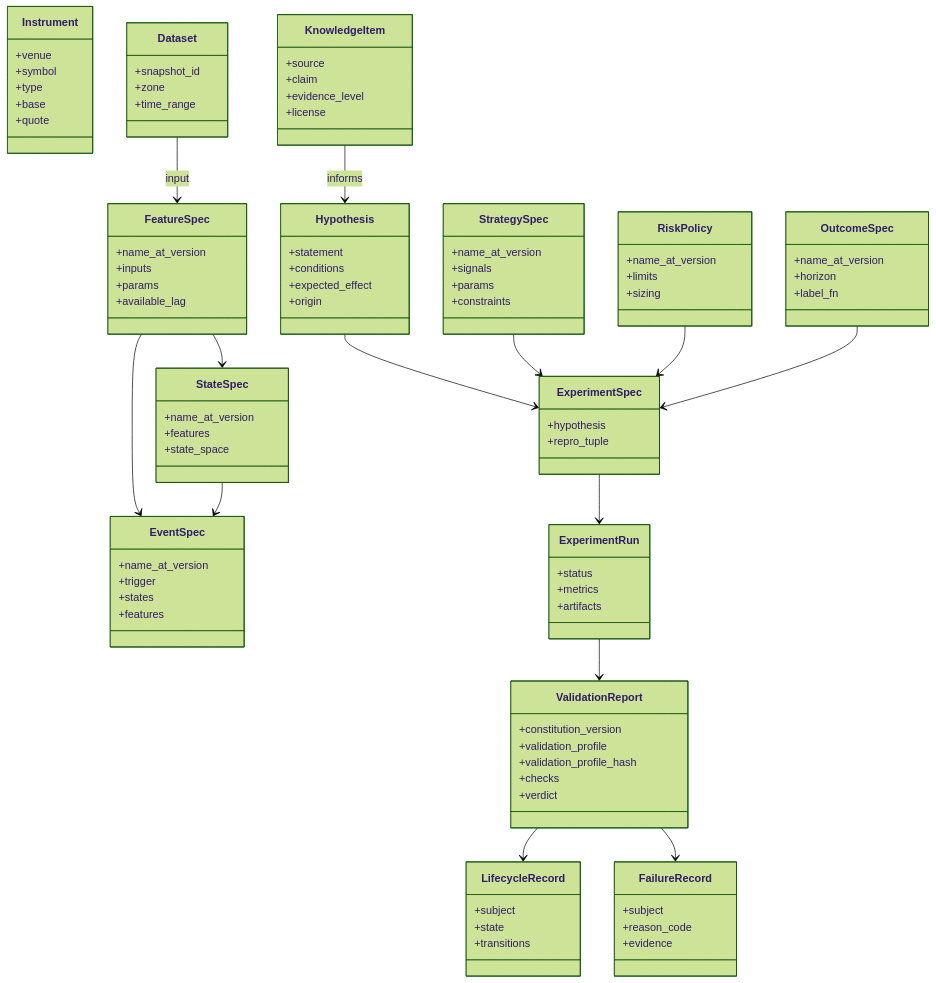
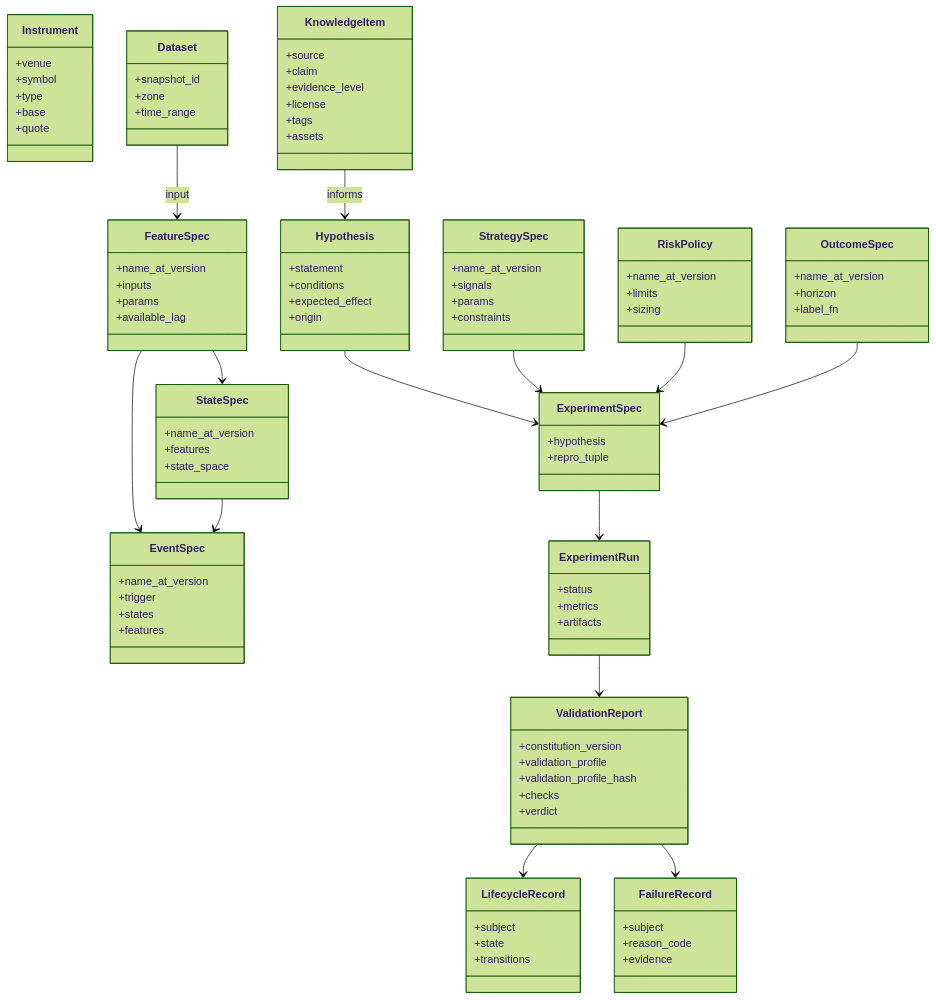
The diagram in docs/architecture/02-domain.md (raphael2025/hlens-autoresearch), drawn with Mermaid (forest theme) before and after one commit. The commit also changed other lines of this file and 201 other files, not shown here.

First line of the commit message:
feat(adr-0055): knowledge tags / assets retrieval at contract 2.2.0

```diff
--- a/docs/architecture/02-domain.md
+++ b/docs/architecture/02-domain.md
@@ -75,6 +76,8 @@
         +claim
         +evidence_level
         +license
+        +tags
+        +assets
     }
     class Hypothesis {
         +statement
```
